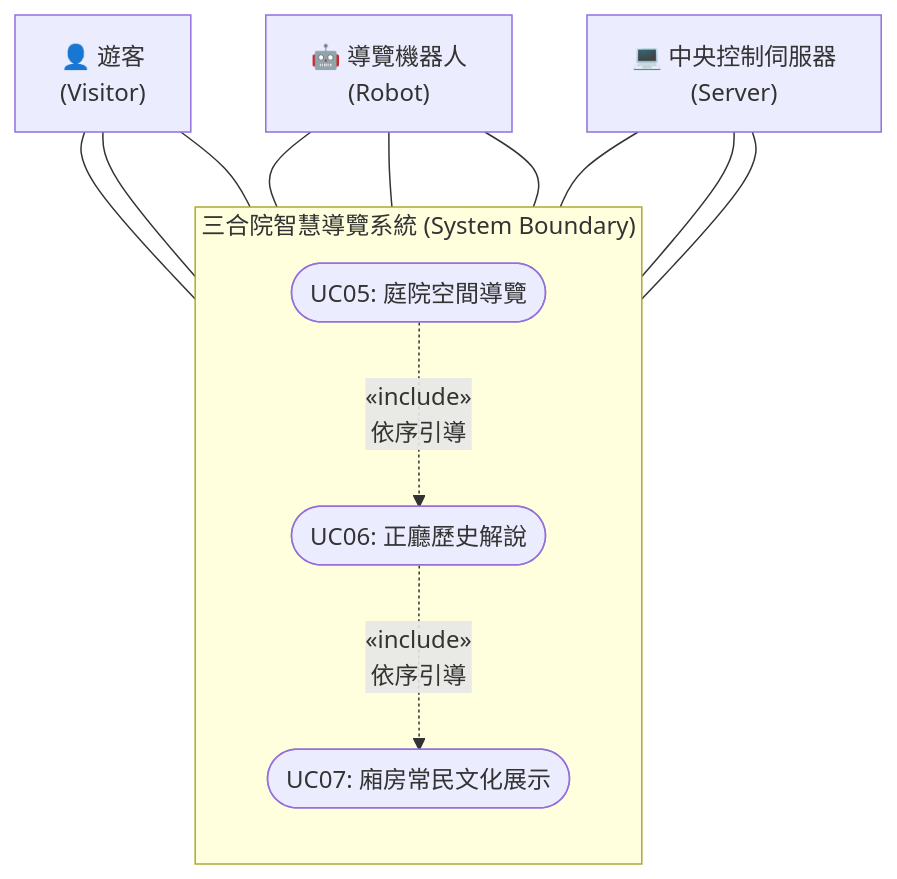
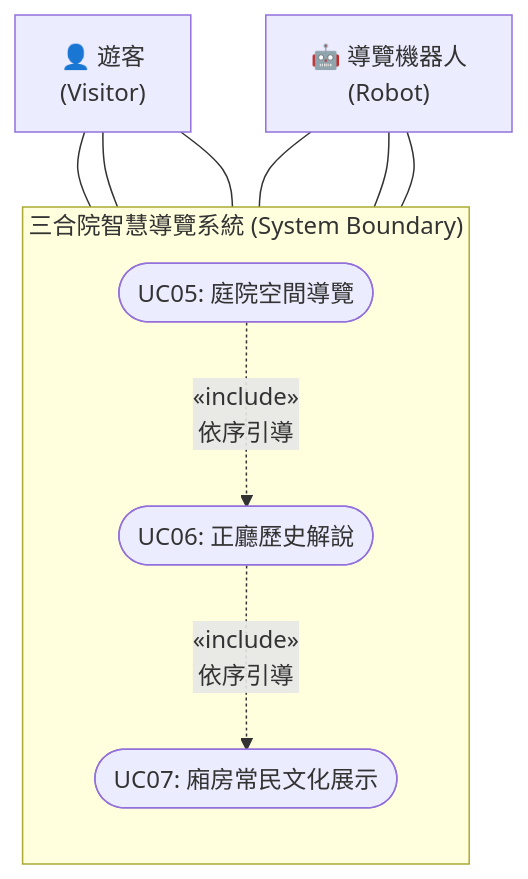
The diagram in UC05-UC07.md (jims100008-lang/mobile-multimedia-guide), drawn with Mermaid before and after one commit. The commit also changed other lines of this file and 11 other files, not shown here.

````diff
--- a/UC05-UC07.md
+++ b/UC05-UC07.md
@@ -43,31 +42,27 @@
 ```mermaid
 graph TB
     %% 系統邊界
     subgraph 三合院智慧導覽系統 ["三合院智慧導覽系統 (System Boundary)"]
         direction TB
         UC05(["UC05: 庭院空間導覽"])
         UC06(["UC06: 正廳歷史解說"])
         UC07(["UC07: 廂房常民文化展示"])
     end
 
     %% 參與者定義
     Visitor["👤 遊客<br/>(Visitor)"]
     Robot["🤖 導覽機器人<br/>(Robot)"]
-    Server["💻 中央控制伺服器<br/>(Server)"]
 
     %% 參與者與用例之關聯 (Association)
     Visitor --- UC05
     Robot --- UC05
     Visitor --- UC06
     Robot --- UC06
     Visitor --- UC07
     Robot --- UC07
-    Server --- UC05
-    Server --- UC06
-    Server --- UC07
 
     %% 用例之間的相依性擴充關係 (Include / Extend)
     UC05 -.->|"&laquo;include&raquo;"<br/>依序引導 | UC06
     UC06 -.->|"&laquo;include&raquo;"<br/>依序引導 | UC07
 
 ```
````
